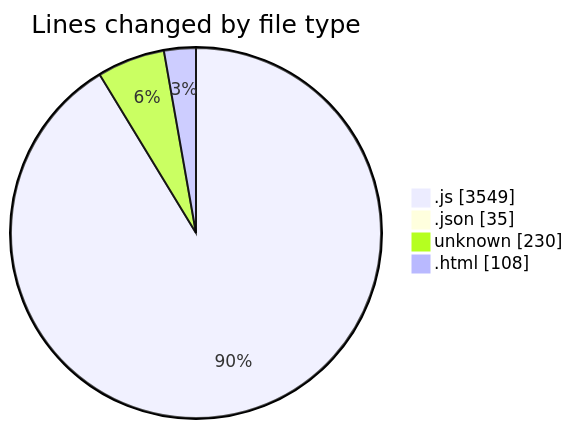
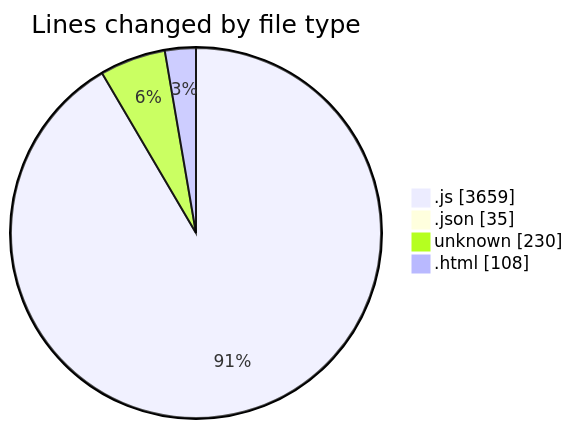
One commit to becaeroporto-bot/code-tracking changed the first of 2 diagrams in 2026-02-20/bot_i_a/README.md. Above: the diagram before and after it, drawn with Mermaid. The commit also changed other lines of this file and 1 other file, not shown here.

````diff
--- a/2026-02-20/bot_i_a/README.md
+++ b/2026-02-20/bot_i_a/README.md
@@ -44,8 +44,8 @@
 ```mermaid
 pie showData
 title Lines changed by file type
-".js" : 3549
+".js" : 3659
 ".json" : 35
 "unknown" : 230
 ".html" : 108
 ```
````
